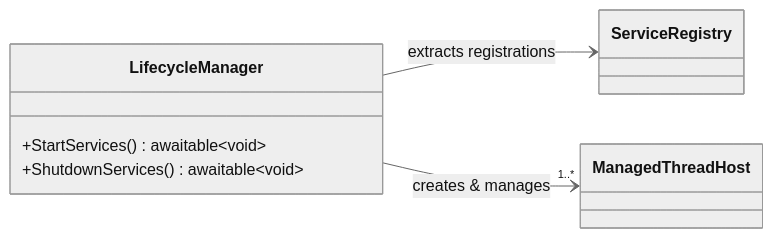
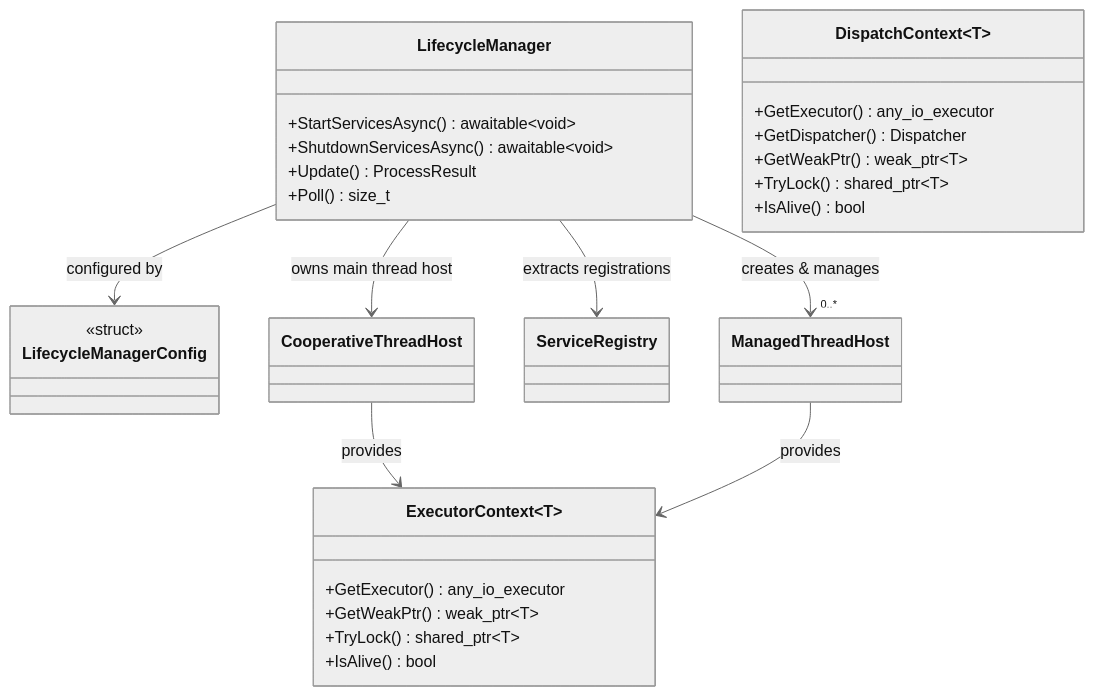
The second of 11 diagrams in docs/class-diagrams.md (Unarmed1000/ServiceFrameworkExperiments), drawn with Mermaid (neutral theme) before and after one commit. The commit also changed other lines of this file, not shown here.

Commit message:
Enhance class diagrams in documentation to include Util Layer and update LifecycleManager methods for async operations

````diff
--- a/docs/class-diagrams.md
+++ b/docs/class-diagrams.md
@@ -49,15 +50,41 @@
 ```mermaid
 classDiagram
-    direction LR
+    direction TB
 
     class LifecycleManager {
-        +StartServices() awaitable~void~
-        +ShutdownServices() awaitable~void~
+        +StartServicesAsync() awaitable~void~
+        +ShutdownServicesAsync() awaitable~void~
+        +Update() ProcessResult
+        +Poll() size_t
     }
 
+    class LifecycleManagerConfig {
+        <<struct>>
+    }
+
+    class ExecutorContext~T~ {
+        +GetExecutor() any_io_executor
+        +GetWeakPtr() weak_ptr~T~
+        +TryLock() shared_ptr~T~
+        +IsAlive() bool
+    }
+
+    class DispatchContext~T~ {
+        +GetExecutor() any_io_executor
+        +GetDispatcher() Dispatcher
+        +GetWeakPtr() weak_ptr~T~
+        +TryLock() shared_ptr~T~
+        +IsAlive() bool
+    }
+
+    class CooperativeThreadHost
     class ServiceRegistry
     class ManagedThreadHost
 
+    LifecycleManager --> LifecycleManagerConfig : configured by
     LifecycleManager --> ServiceRegistry : extracts registrations
-    LifecycleManager --> "1..*" ManagedThreadHost : creates & manages
+    LifecycleManager --> CooperativeThreadHost : owns main thread host
+    LifecycleManager --> "0..*" ManagedThreadHost : creates & manages
+    CooperativeThreadHost --> ExecutorContext : provides
+    ManagedThreadHost --> ExecutorContext : provides
 ```
````
